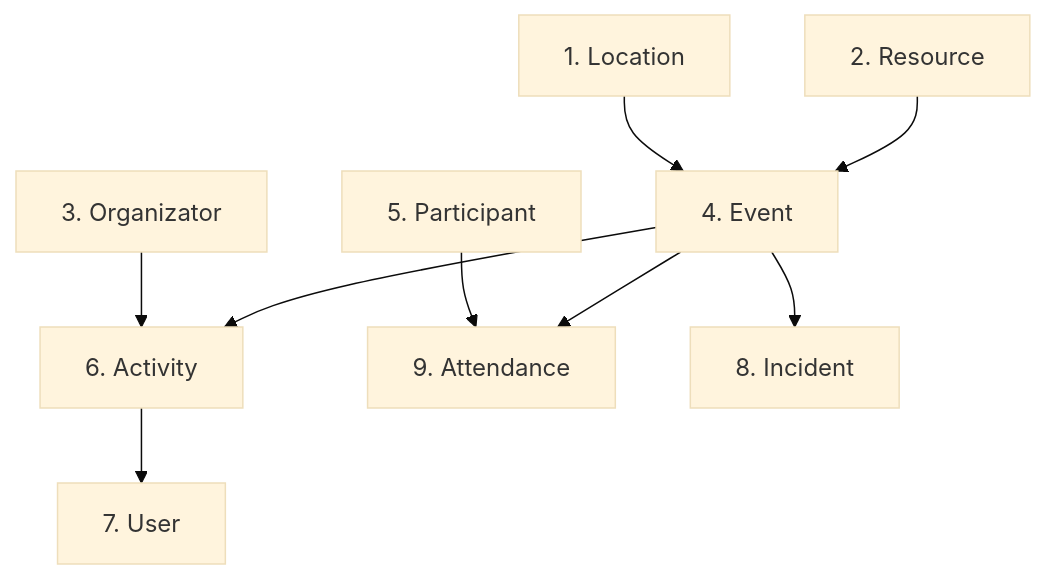
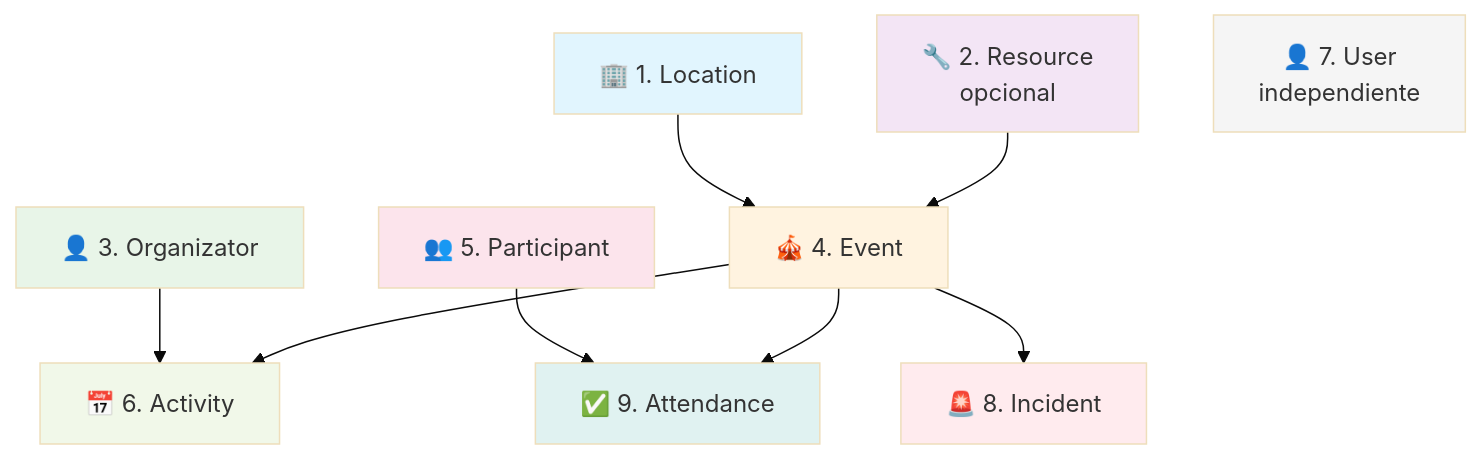
One commit to Caldas-University/proyecto-del-curso-commitmaster changed the first of 2 diagrams in README.md. Above: the diagram before and after it, drawn with Mermaid (base theme). The commit also changed other lines of this file, not shown here.

````diff
--- a/README.md
+++ b/README.md
@@ -440,11 +440,21 @@
 ```mermaid
 graph TD
-    A[1. Location] --> D[4. Event]
-    B[2. Resource] --> D
-    C[3. Organizator] --> F[6. Activity]
+    A[🏢 1. Location] --> D[🎪 4. Event]
+    B[🔧 2. Resource<br/>opcional] --> D
+    C[👤 3. Organizator] --> F[📅 6. Activity]
     D --> F
-    E[5. Participant] --> G[9. Attendance]
+    E[👥 5. Participant] --> G[✅ 9. Attendance]
     D --> G
-    D --> H[8. Incident]
-    F --> I[7. User]
+    D --> H[🚨 8. Incident]
+    I[👤 7. User<br/>independiente]
+    
+    style A fill:#e1f5fe
+    style B fill:#f3e5f5
+    style C fill:#e8f5e8
+    style D fill:#fff3e0
+    style E fill:#fce4ec
+    style F fill:#f1f8e9
+    style G fill:#e0f2f1
+    style H fill:#ffebee
+    style I fill:#f5f5f5
 ```
````
